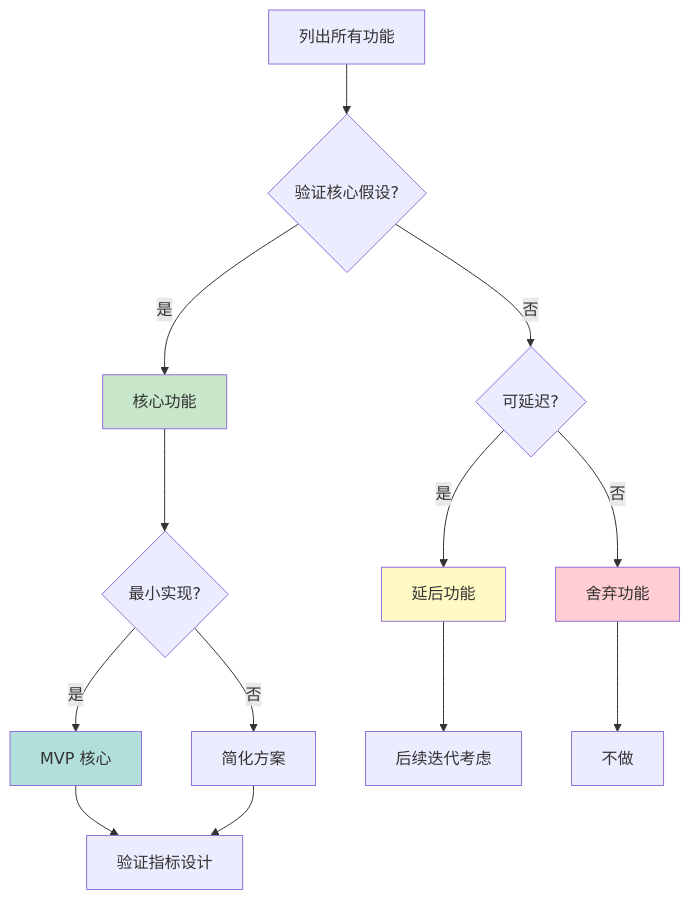
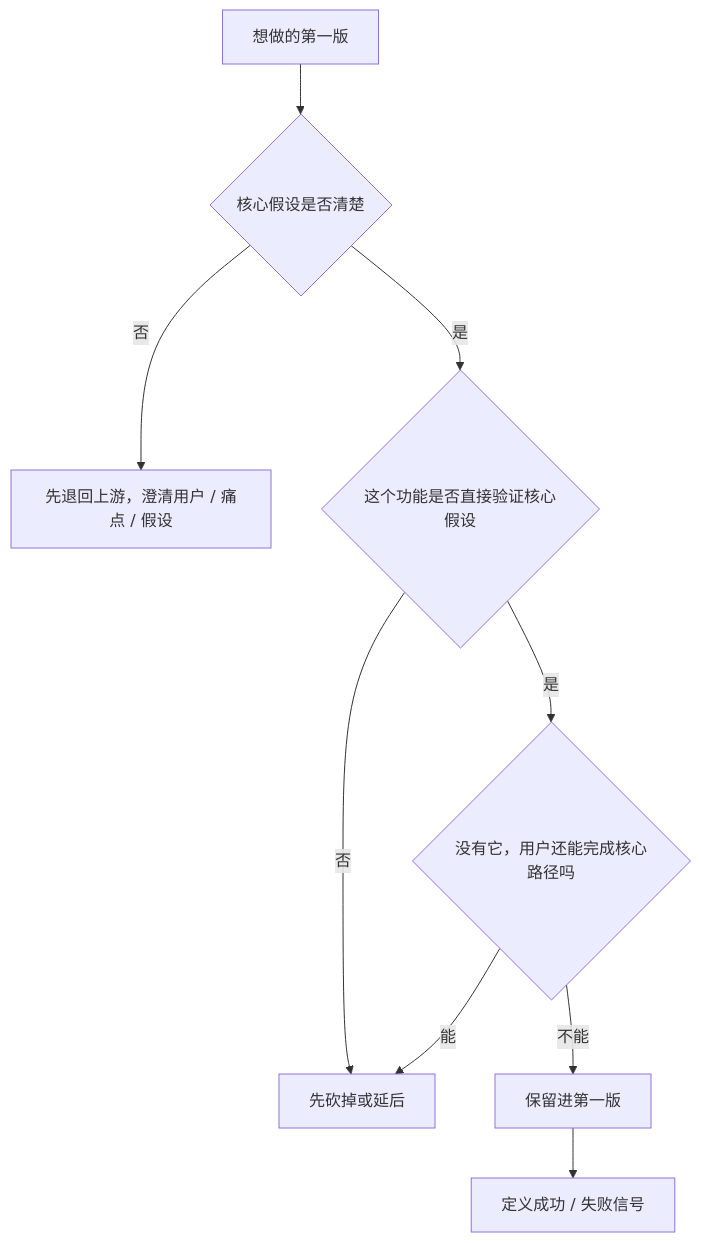
The diagram in references/framework/mvp.md (ssdiwu/product-thinking), drawn with Mermaid before and after one commit. The commit also changed other lines of this file and 31 other files, not shown here.

````diff
--- a/references/framework/mvp.md
+++ b/references/framework/mvp.md
@@ -87,23 +172,11 @@
 ```mermaid
 flowchart TD
-    A[列出所有功能] --> B{验证核心假设?}
-    B -->|是| C[核心功能]
-    B -->|否| D{可延迟?}
-    D -->|是| E[延后功能]
-    D -->|否| F[舍弃功能]
-
-    C --> G{最小实现?}
-    G -->|是| H[MVP 核心]
-    G -->|否| I[简化方案]
-
-    H --> J[验证指标设计]
-    I --> J
-
-    E --> K[后续迭代考虑]
-    F --> L[不做]
-
-    style C fill:#c8e6c9
-    style H fill:#b2dfdb
-    style E fill:#fff9c4
-    style F fill:#ffcdd2
+    A["想做的第一版"] --> B{"核心假设是否清楚"}
+    B -->|否| C["先退回上游，澄清用户 / 痛点 / 假设"]
+    B -->|是| D{"这个功能是否直接验证核心假设"}
+    D -->|否| E["先砍掉或延后"]
+    D -->|是| F{"没有它，用户还能完成核心路径吗"}
+    F -->|能| E
+    F -->|不能| G["保留进第一版"]
+    G --> H["定义成功 / 失败信号"]
 ```
````
